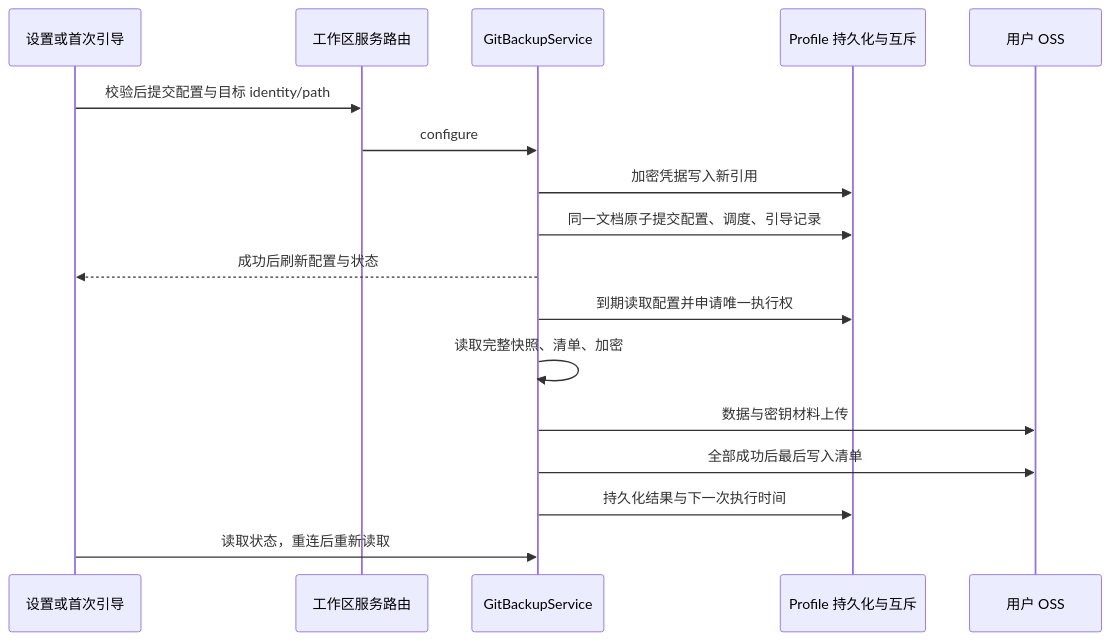
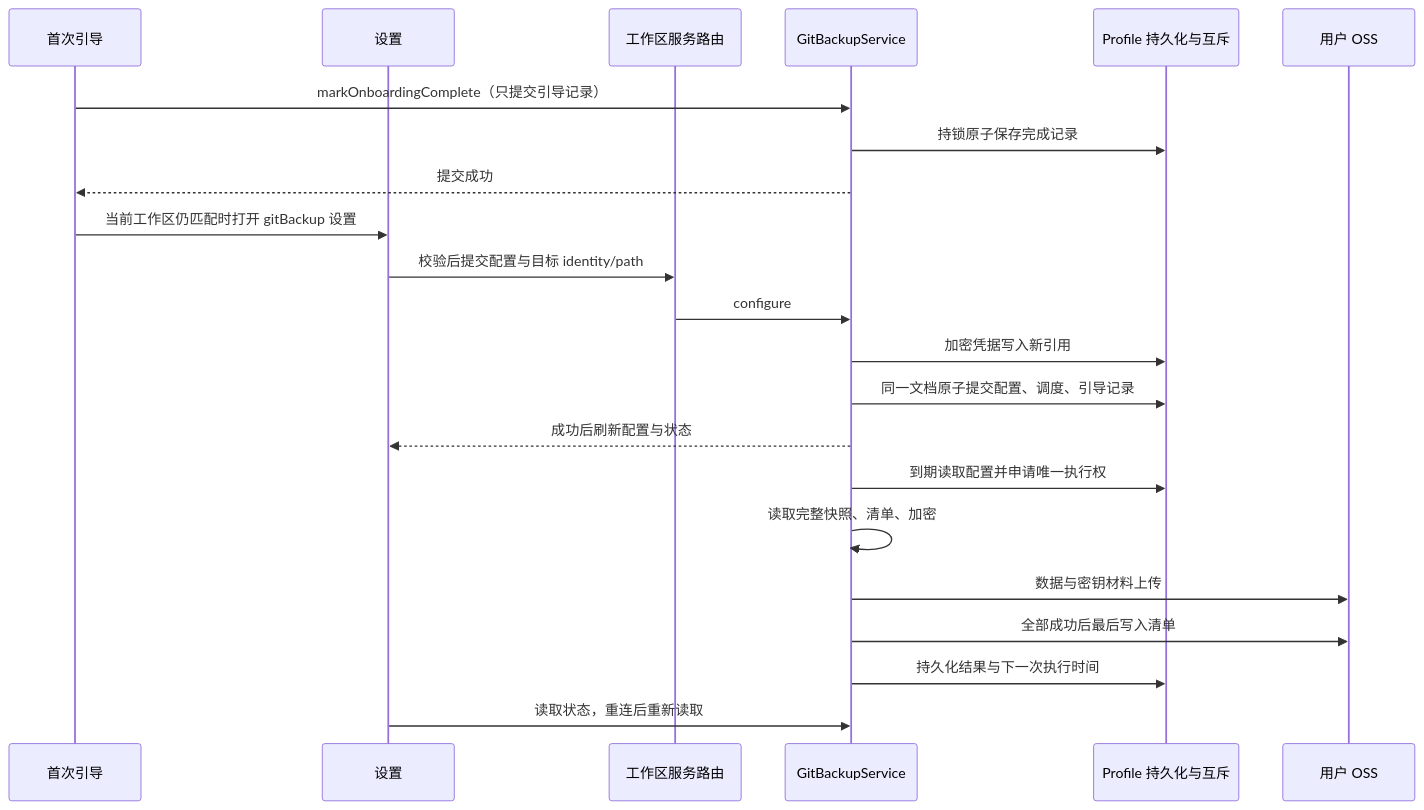
One commit to lemon-casino/LemonCode changed the first of 2 diagrams in specs/git-auto-backup.md. Above: the diagram before and after it, drawn with Mermaid. The commit also changed other lines of this file and 19 other files, not shown here.

First line of the commit message:
feat(git-backup): 支持 OSS 与 MinIO 多目的地备份并统一设置引导

````diff
--- a/specs/git-auto-backup.md
+++ b/specs/git-auto-backup.md
@@ -18,19 +18,24 @@
 ```mermaid
 sequenceDiagram
-  participant UI as 设置或首次引导
+  participant Welcome as 首次引导
+  participant UI as 设置
   participant Route as 工作区服务路由
   participant Host as GitBackupService
   participant Store as Profile 持久化与互斥
   participant OSS as 用户 OSS
+  Welcome->>Host: markOnboardingComplete（只提交引导记录）
+  Host->>Store: 持锁原子保存完成记录
+  Host-->>Welcome: 提交成功
+  Welcome->>UI: 当前工作区仍匹配时打开 gitBackup 设置
   UI->>Route: 校验后提交配置与目标 identity/path
   Route->>Host: configure
   Host->>Store: 加密凭据写入新引用
   Host->>Store: 同一文档原子提交配置、调度、引导记录
   Host-->>UI: 成功后刷新配置与状态
   Host->>Store: 到期读取配置并申请唯一执行权
   Host->>Host: 读取完整快照、清单、加密
   Host->>OSS: 数据与密钥材料上传
   Host->>OSS: 全部成功后最后写入清单
   Host->>Store: 持久化结果与下一次执行时间
   UI->>Host: 读取状态，重连后重新读取
 ```
````
